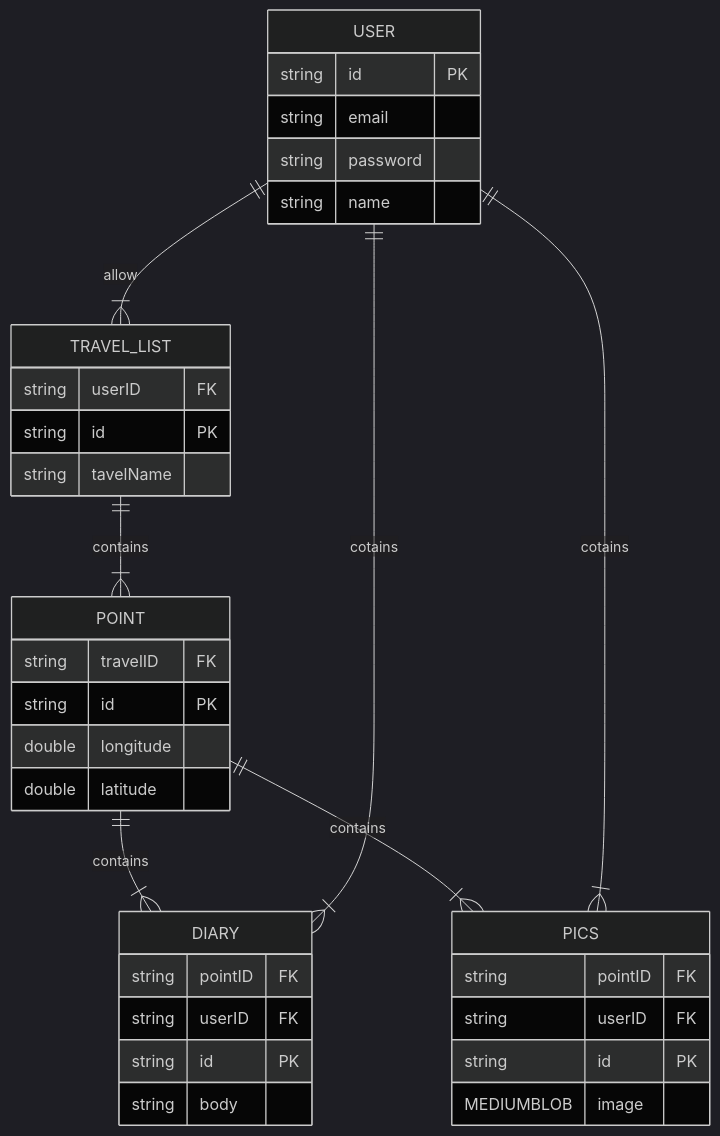
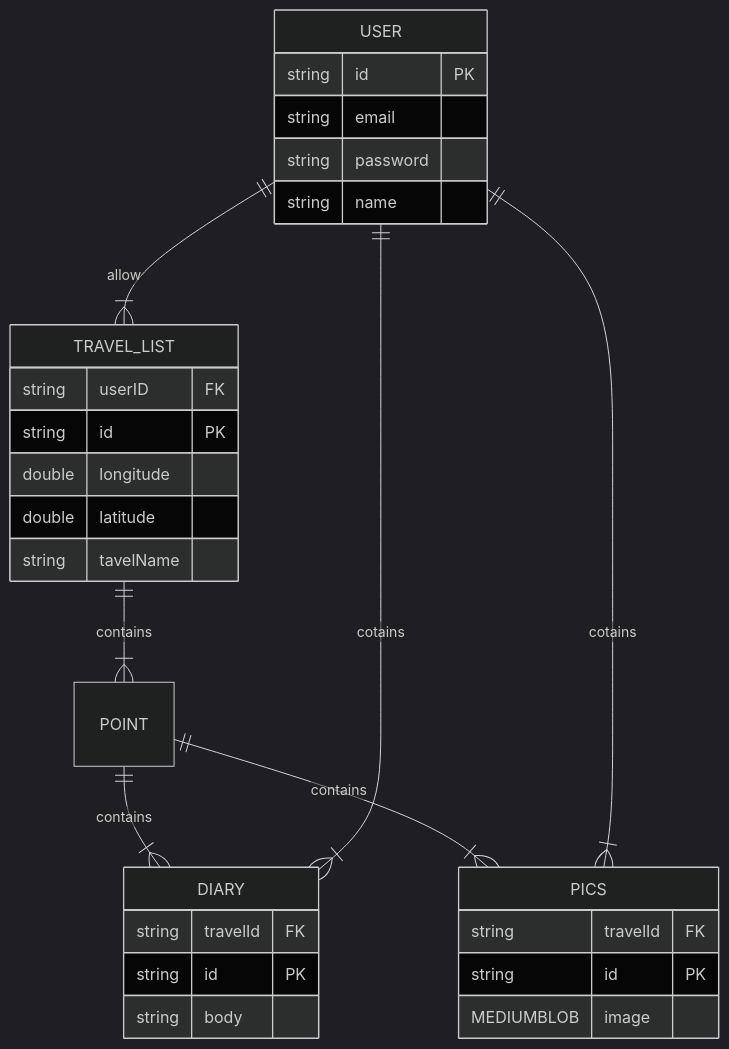
Before and after one commit to KMUlee/nestjs-intertravel: the diagram in README.md, drawn with Mermaid (dark theme). The commit also changed 1 other file, not shown here.

Commit message:
updated entities

````diff
--- a/README.md
+++ b/README.md
@@ -15,43 +15,36 @@
 ```mermaid
 erDiagram
     USER ||--|{ TRAVEL_LIST : allow
     TRAVEL_LIST ||--|{ POINT : contains
     POINT || -- |{ DIARY : contains
     POINT || -- |{ PICS : contains
     USER || -- |{ DIARY : cotains
     USER || -- |{ PICS : cotains
 
     USER {
       string id PK
       string email
       string password
       string name
     }
 
     TRAVEL_LIST {
       string userID FK
       string id PK
+      double longitude
+      double latitude
       string tavelName
     }
 
-    POINT {
-      string travelID FK
-      string id PK
-      double longitude
-      double latitude
-    }
-
     DIARY {
-      string pointID FK
-      string userID FK
+      string travelId FK
       string id PK
       string body
     }
 
     PICS {
-      string pointID FK
-      string userID FK
+      string travelId FK
       string id PK
       MEDIUMBLOB image
     }
 ```
````
